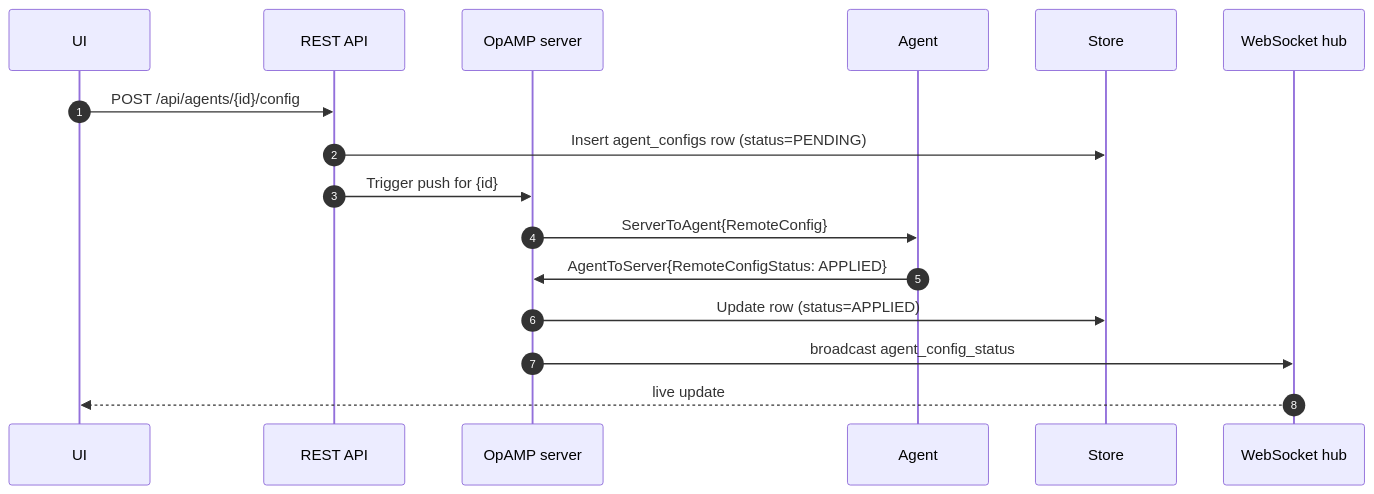
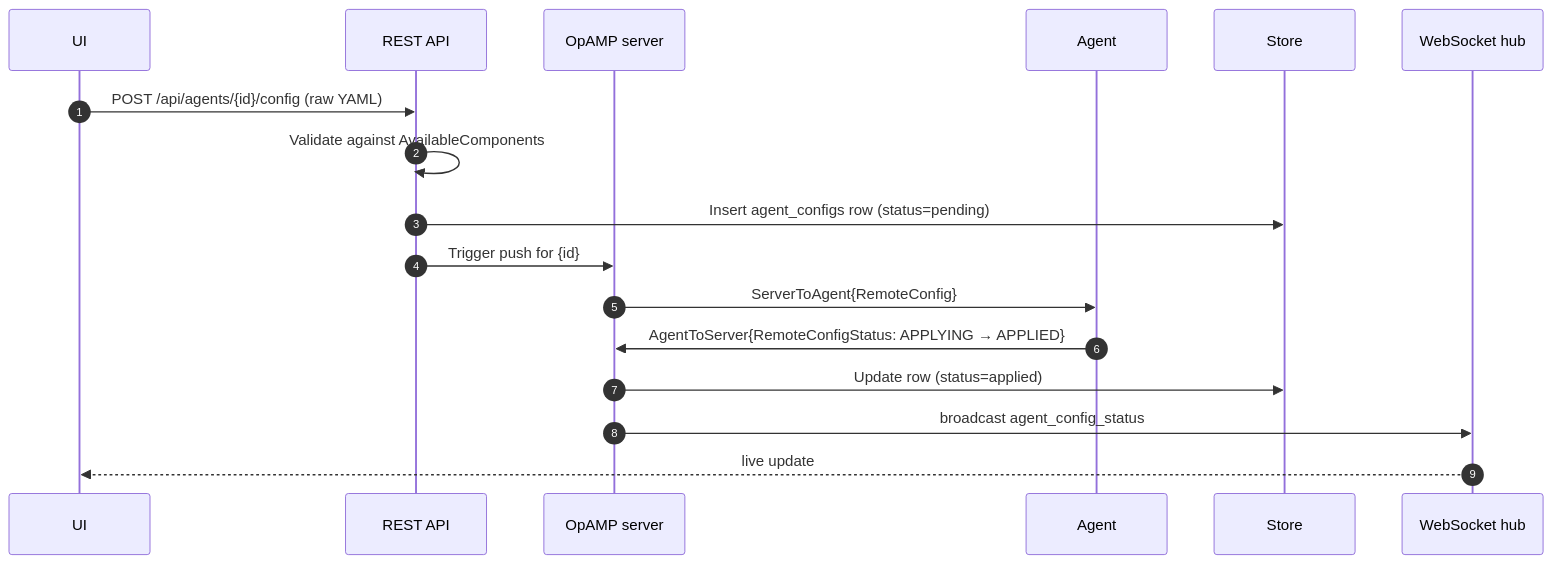
One commit to valentin-momboeuf/otel-magnify changed the second of 3 diagrams in docs/developers/opamp-flow.md. Above: the diagram before and after it, drawn with Mermaid. The commit also changed other lines of this file and 6 other files, not shown here.

First line of the commit message:
docs: align with post-merge reality of config-push-validation

````diff
--- a/docs/developers/opamp-flow.md
+++ b/docs/developers/opamp-flow.md
@@ -27,19 +27,20 @@
 ```mermaid
 sequenceDiagram
     autonumber
     participant U as UI
     participant API as REST API
     participant O as OpAMP server
     participant A as Agent
     participant S as Store
     participant WS as WebSocket hub
 
-    U->>API: POST /api/agents/{id}/config
-    API->>S: Insert agent_configs row (status=PENDING)
+    U->>API: POST /api/agents/{id}/config (raw YAML)
+    API->>API: Validate against AvailableComponents
+    API->>S: Insert agent_configs row (status=pending)
     API->>O: Trigger push for {id}
     O->>A: ServerToAgent{RemoteConfig}
-    A->>O: AgentToServer{RemoteConfigStatus: APPLIED}
-    O->>S: Update row (status=APPLIED)
+    A->>O: AgentToServer{RemoteConfigStatus: APPLYING → APPLIED}
+    O->>S: Update row (status=applied)
     O->>WS: broadcast agent_config_status
     WS-->>U: live update
 ```
````
